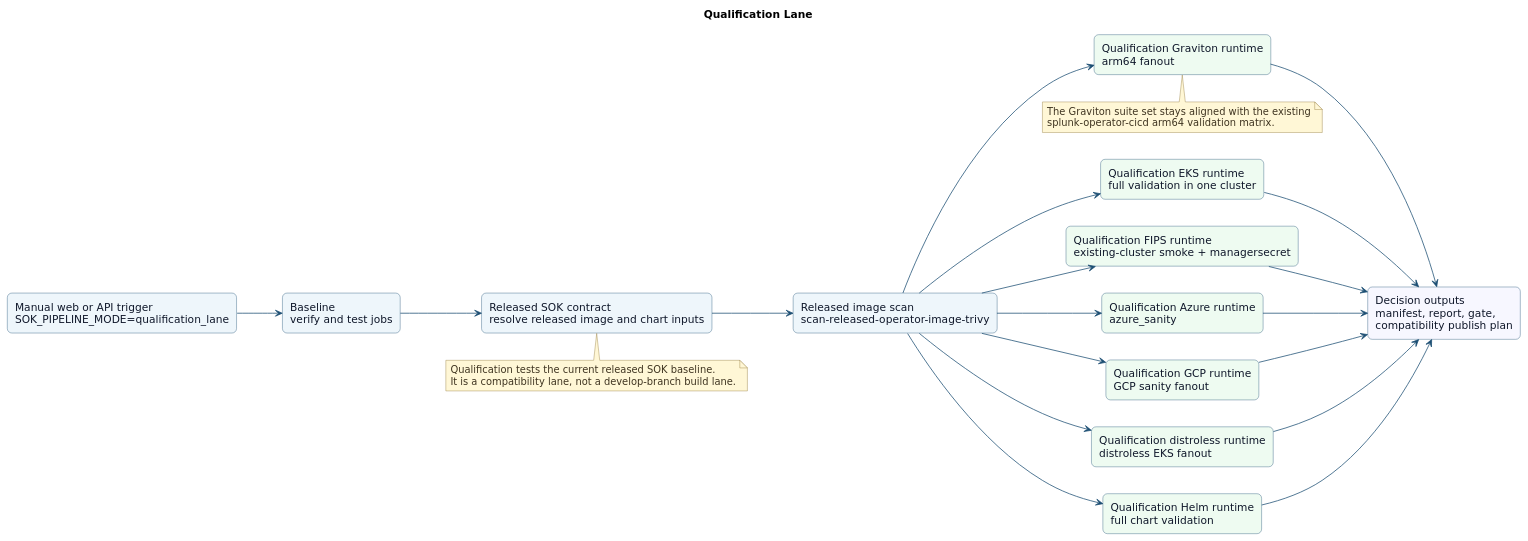
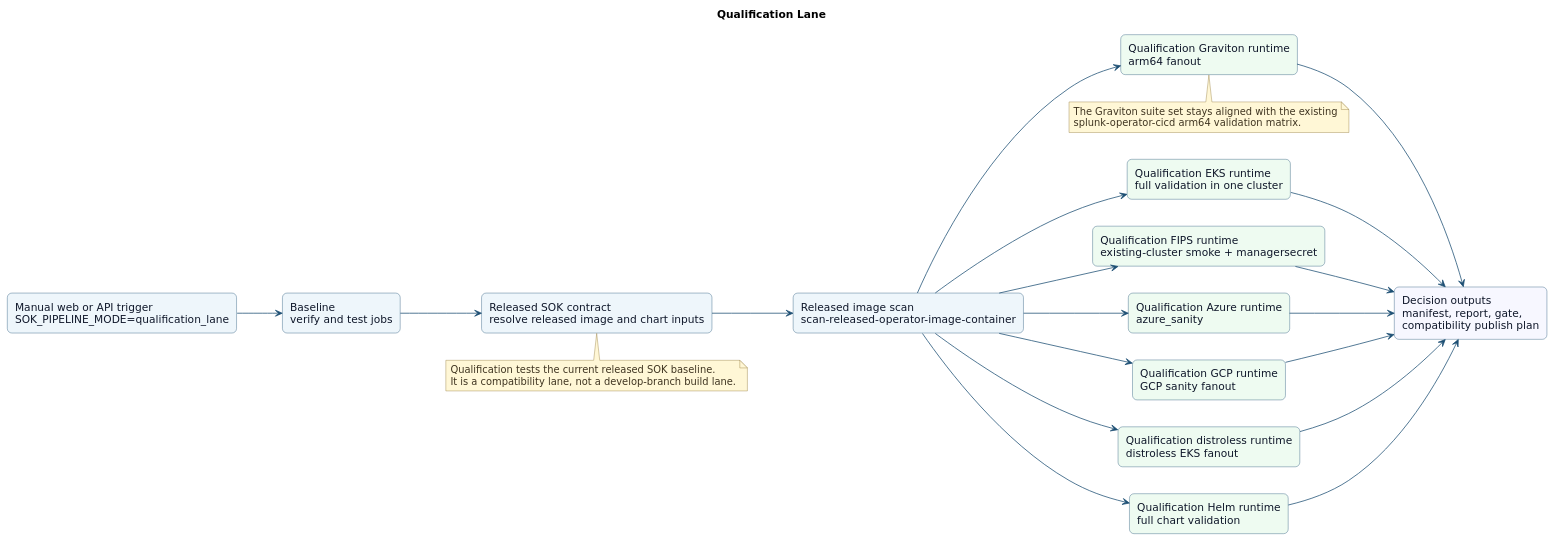
Before and after one commit to splunk/splunk-operator: the diagram in gitlab-ci/diagrams/qualification-lane-target.puml, drawn with PlantUML. The commit also changed 25 other files, not shown here.

Commit message:
CSPL-4751: Enable container scan

```diff
--- a/gitlab-ci/diagrams/qualification-lane-target.puml
+++ b/gitlab-ci/diagrams/qualification-lane-target.puml
@@ -1,60 +1,60 @@
 @startuml
 title Qualification Lane
 left to right direction
 skinparam Shadowing false
 skinparam DefaultFontName DejaVu Sans
 skinparam BackgroundColor white
 skinparam ArrowColor #1d4f73
 skinparam Rectangle {
   BorderColor #1d4f73
   BackgroundColor #eef6fb
   FontColor #0f172a
   RoundCorner 12
 }
 skinparam Note {
   BorderColor #8b6f2f
   BackgroundColor #fff7d6
   FontColor #3f3420
 }
 
 rectangle "Manual web or API trigger\nSOK_PIPELINE_MODE=qualification_lane" as trigger
 rectangle "Baseline\nverify and test jobs" as baseline
 rectangle "Released SOK contract\nresolve released image and chart inputs" as contract
-rectangle "Released image scan\nscan-released-operator-image-trivy" as scan
+rectangle "Released image scan\nscan-released-operator-image-container" as scan
 rectangle "Qualification EKS runtime\nfull validation in one cluster" as runtime_eks #eefbf1
 rectangle "Qualification FIPS runtime\nexisting-cluster smoke + managersecret" as runtime_fips #eefbf1
 rectangle "Qualification Azure runtime\nazure_sanity" as runtime_azure #eefbf1
 rectangle "Qualification GCP runtime\nGCP sanity fanout" as runtime_gcp #eefbf1
 rectangle "Qualification distroless runtime\ndistroless EKS fanout" as runtime_distroless #eefbf1
 rectangle "Qualification Graviton runtime\narm64 fanout" as runtime_graviton #eefbf1
 rectangle "Qualification Helm runtime\nfull chart validation" as runtime_helm #eefbf1
 rectangle "Decision outputs\nmanifest, report, gate,\ncompatibility publish plan" as report #f7f7ff
 
 trigger --> baseline
 baseline --> contract
 contract --> scan
 scan --> runtime_eks
 scan --> runtime_fips
 scan --> runtime_azure
 scan --> runtime_gcp
 scan --> runtime_distroless
 scan --> runtime_graviton
 scan --> runtime_helm
 runtime_eks --> report
 runtime_fips --> report
 runtime_azure --> report
 runtime_gcp --> report
 runtime_distroless --> report
 runtime_graviton --> report
 runtime_helm --> report
 
 note bottom of contract
 Qualification tests the current released SOK baseline.
 It is a compatibility lane, not a develop-branch build lane.
 end note
 
 note bottom of runtime_graviton
 The Graviton suite set stays aligned with the existing
 splunk-operator-cicd arm64 validation matrix.
 end note
 @enduml
```
